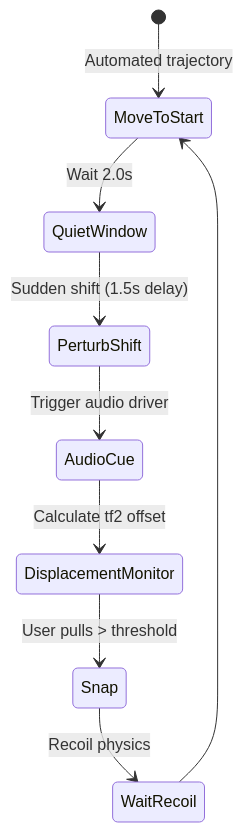
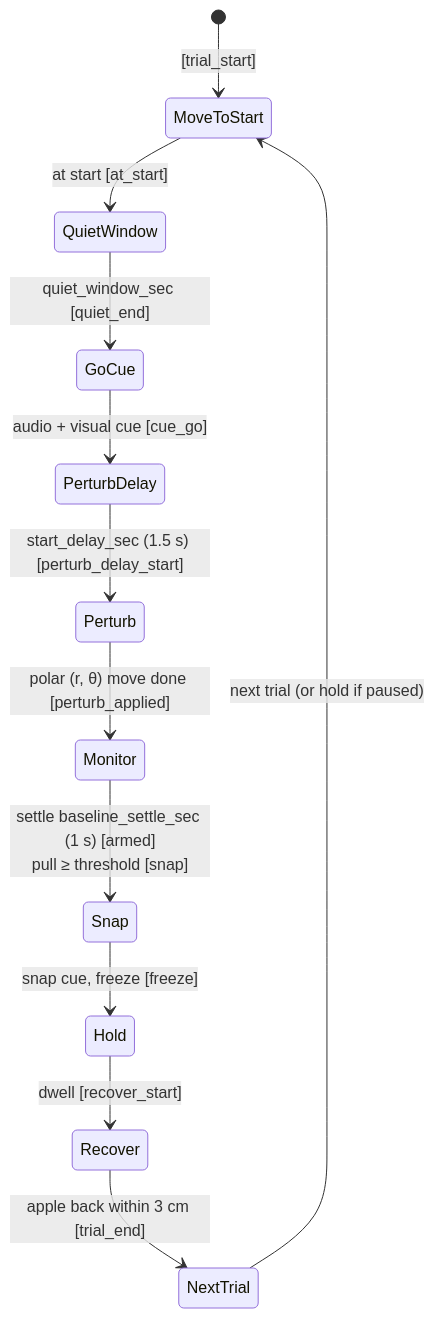
One commit to sinthlab/sinthlab-kuka-stack changed the sixth of 7 diagrams in README.md. Above: the diagram before and after it, drawn with Mermaid. The commit also changed other lines of this file and 1 other file, not shown here.

````diff
--- a/README.md
+++ b/README.md
@@ -969,11 +1170,14 @@
 ```mermaid
 stateDiagram-v2
-    [*] --> MoveToStart : Automated trajectory
-    MoveToStart --> QuietWindow : Wait 2.0s
-    QuietWindow --> PerturbShift : Sudden shift (1.5s delay)
-    PerturbShift --> AudioCue : Trigger audio driver
-    AudioCue --> DisplacementMonitor : Calculate tf2 offset
-    DisplacementMonitor --> Snap : User pulls > threshold
-    Snap --> WaitRecoil : Recoil physics
-    WaitRecoil --> MoveToStart
+    [*] --> MoveToStart : [trial_start]
+    MoveToStart --> QuietWindow : at start [at_start]
+    QuietWindow --> GoCue : quiet_window_sec [quiet_end]
+    GoCue --> PerturbDelay : audio + visual cue [cue_go]
+    PerturbDelay --> Perturb : start_delay_sec (1.5 s) [perturb_delay_start]
+    Perturb --> Monitor : polar (r, θ) move done [perturb_applied]
+    Monitor --> Snap : settle baseline_settle_sec (1 s) [armed]<br/>pull ≥ threshold [snap]
+    Snap --> Hold : snap cue, freeze [freeze]
+    Hold --> Recover : dwell [recover_start]
+    Recover --> NextTrial : apple back within 3 cm [trial_end]
+    NextTrial --> MoveToStart : next trial (or hold if paused)
 ```
````
